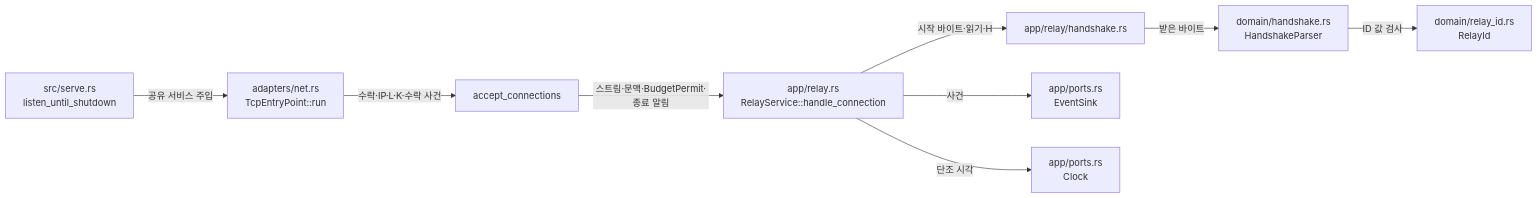
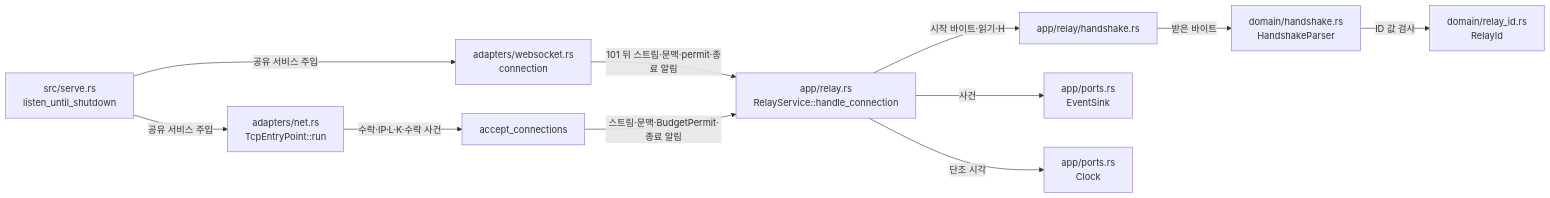
The diagram in docs/architectures/initial-exchange.md (kayden-kim/vnc-relay), drawn with Mermaid before and after one commit. The commit also changed other lines of this file and 2 other files, not shown here.

Commit message:
docs(architectures): sync relay module designs with current code

````diff
--- a/docs/architectures/initial-exchange.md
+++ b/docs/architectures/initial-exchange.md
@@ -34,11 +34,13 @@
 ```mermaid
 flowchart LR
     START["src/serve.rs<br/>listen_until_shutdown"] -->|"공유 서비스 주입"| TCP["adapters/net.rs<br/>TcpEntryPoint::run"]
     TCP -->|"수락·IP·L·K·수락 사건"| ACCEPT["accept_connections"]
+    START -->|"공유 서비스 주입"| WS["adapters/websocket.rs<br/>connection"]
+    WS -->|"101 뒤 스트림·문맥·permit·종료 알림"| SERVICE
     ACCEPT -->|"스트림·문맥·BudgetPermit·종료 알림"| SERVICE["app/relay.rs<br/>RelayService::handle_connection"]
     SERVICE -->|"시작 바이트·읽기·H"| READ["app/relay/handshake.rs"]
     READ -->|"받은 바이트"| PARSE["domain/handshake.rs<br/>HandshakeParser"]
     PARSE -->|"ID 값 검사"| ID["domain/relay_id.rs<br/>RelayId"]
     SERVICE -->|"사건"| LOG["app/ports.rs<br/>EventSink"]
     SERVICE -->|"단조 시각"| CLOCK["app/ports.rs<br/>Clock"]
 ```
````
